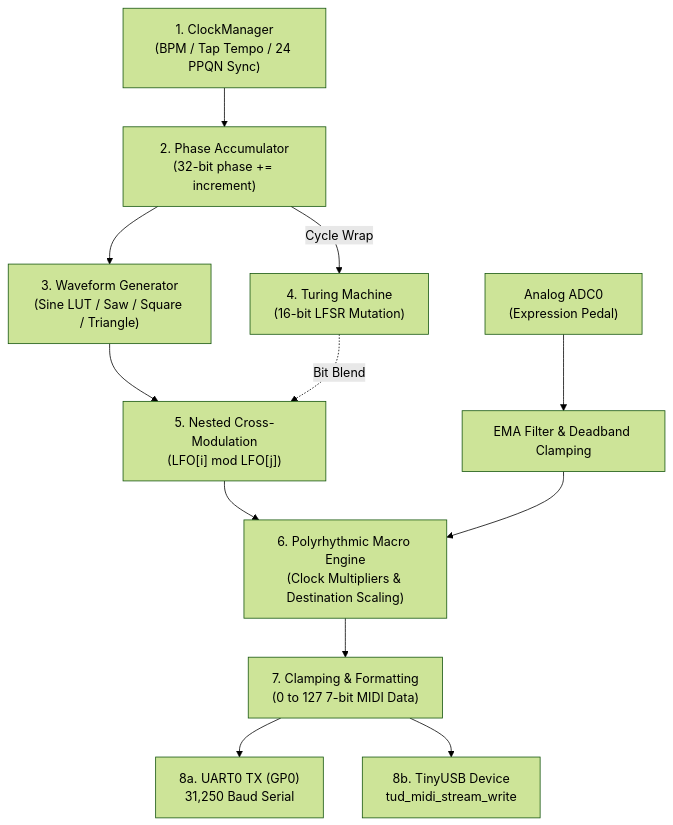
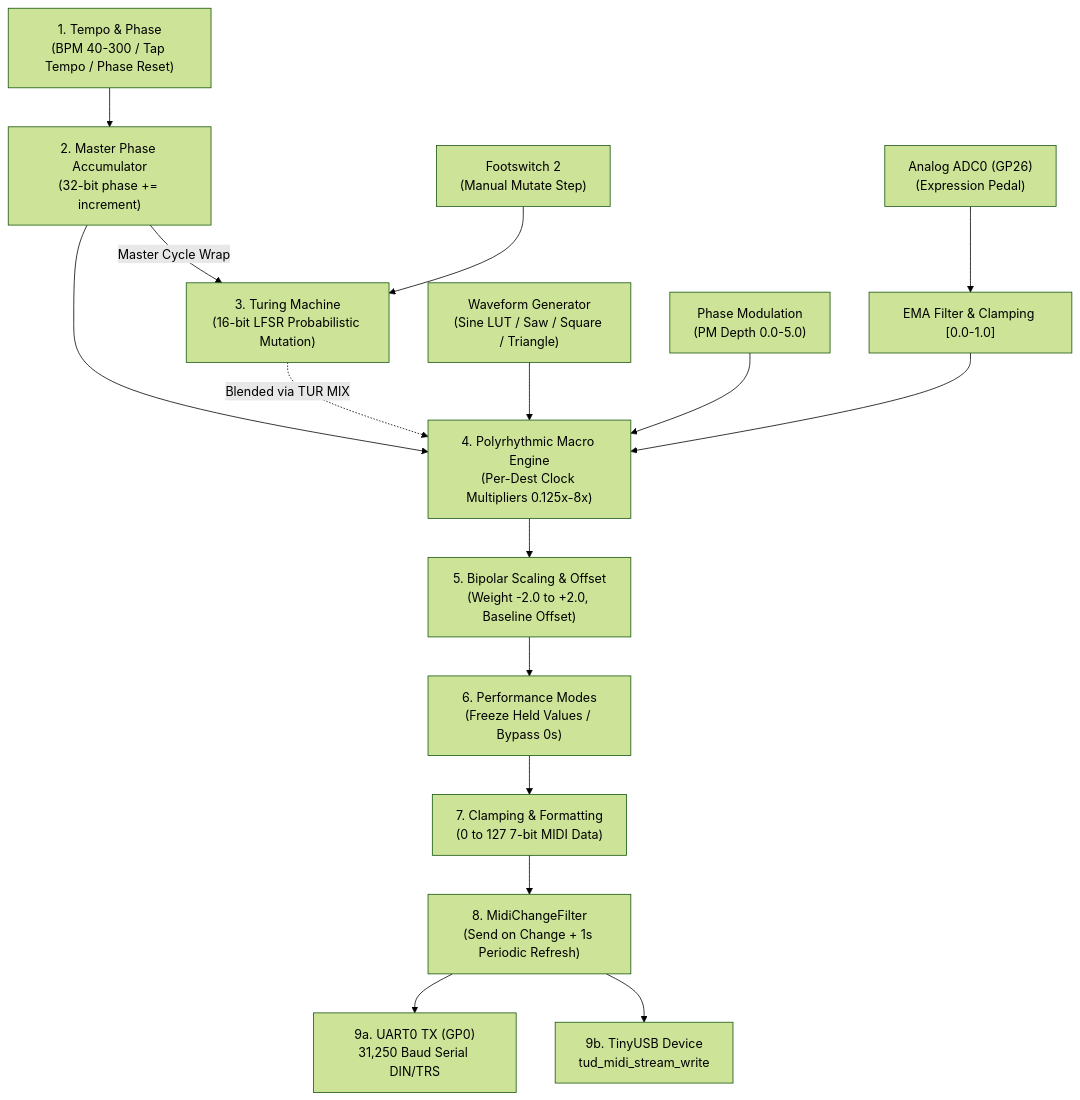
Before and after one commit to wsjk/phase-box: the diagram in docs/DEVELOPER_GUIDE.md, drawn with Mermaid (forest theme). The commit also changed other lines of this file and 9 other files, not shown here.

````diff
--- a/docs/DEVELOPER_GUIDE.md
+++ b/docs/DEVELOPER_GUIDE.md
@@ -54,17 +59,22 @@
 ```mermaid
 flowchart TD
-    Clock["1. ClockManager<br/>(BPM / Tap Tempo / 24 PPQN Sync)"] --> Phase["2. Phase Accumulator<br/>(32-bit phase += increment)"]
-    Phase --> Wave["3. Waveform Generator<br/>(Sine LUT / Saw / Square / Triangle)"]
-    Phase -- Cycle Wrap --> Turing["4. Turing Machine<br/>(16-bit LFSR Mutation)"]
-    Wave --> Nested["5. Nested Cross-Modulation<br/>(LFO[i] mod LFO[j])"]
-    Turing -. Bit Blend .-> Nested
+    Clock["1. Tempo & Phase<br/>(BPM 40-300 / Tap Tempo / Phase Reset)"] --> Master["2. Master Phase Accumulator<br/>(32-bit phase += increment)"]
+    Master -- Master Cycle Wrap --> Turing["3. Turing Machine<br/>(16-bit LFSR Probabilistic Mutation)"]
+    FS2["Footswitch 2<br/>(Manual Mutate Step)"] --> Turing
     
-    ADC["Analog ADC0<br/>(Expression Pedal)"] --> Smoothing["EMA Filter & Deadband Clamping"]
+    Master --> Macro["4. Polyrhythmic Macro Engine<br/>(Per-Dest Clock Multipliers 0.125x-8x)"]
+    Turing -. Blended via TUR MIX .-> Macro
+    Wave["Waveform Generator<br/>(Sine LUT / Saw / Square / Triangle)"] --> Macro
+    PM["Phase Modulation<br/>(PM Depth 0.0-5.0)"] --> Macro
     
-    Nested --> Macro["6. Polyrhythmic Macro Engine<br/>(Clock Multipliers & Destination Scaling)"]
+    ADC["Analog ADC0 (GP26)<br/>(Expression Pedal)"] --> Smoothing["EMA Filter & Clamping [0.0-1.0]"]
     Smoothing --> Macro
     
-    Macro --> Clamp["7. Clamping & Formatting<br/>(0 to 127 7-bit MIDI Data)"]
-    Clamp --> UART["8a. UART0 TX (GP0)<br/>31,250 Baud Serial"]
-    Clamp --> USB["8b. TinyUSB Device<br/>tud_midi_stream_write"]
+    Macro --> Weight["5. Bipolar Scaling & Offset<br/>(Weight -2.0 to +2.0, Baseline Offset)"]
+    Weight --> Perf["6. Performance Modes<br/>(Freeze Held Values / Bypass 0s)"]
+    Perf --> Clamp["7. Clamping & Formatting<br/>(0 to 127 7-bit MIDI Data)"]
+    
+    Clamp --> Filter["8. MidiChangeFilter<br/>(Send on Change + 1s Periodic Refresh)"]
+    Filter --> UART["9a. UART0 TX (GP0)<br/>31,250 Baud Serial DIN/TRS"]
+    Filter --> USB["9b. TinyUSB Device<br/>tud_midi_stream_write"]
 ```
````
